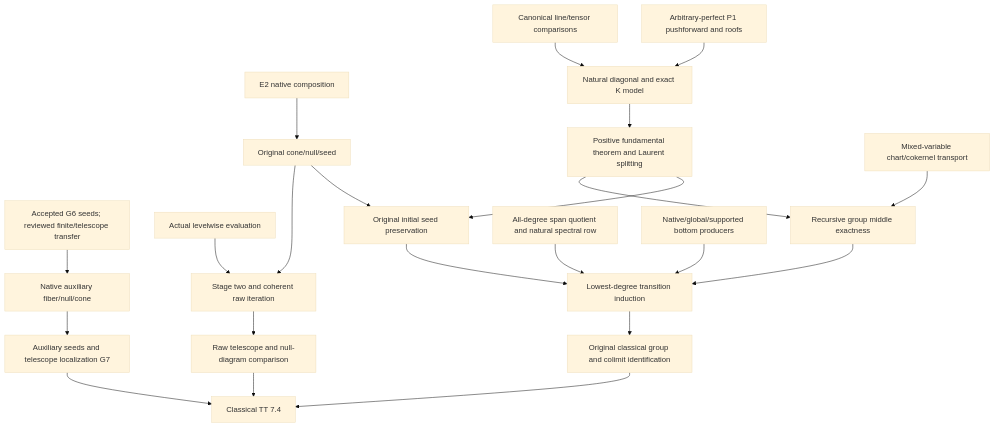
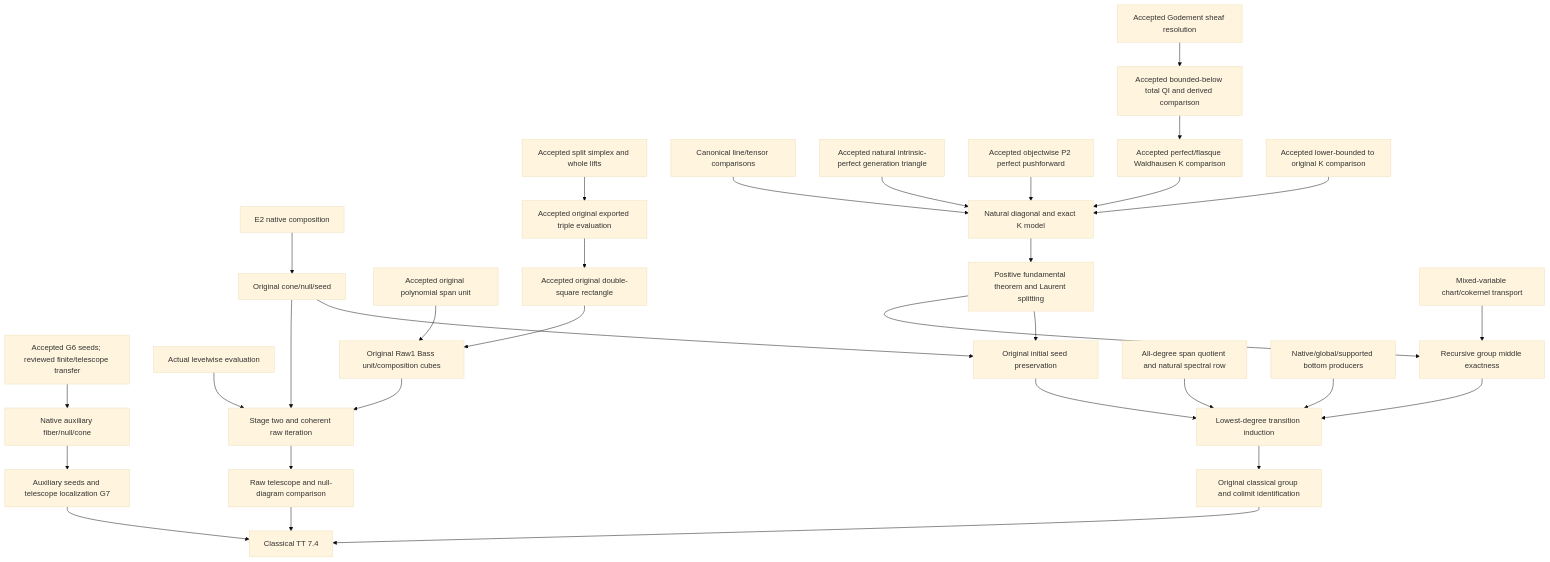
One commit to kangxyz/quillen-k-theory changed the second of 2 diagrams in docs/development/TTLocalization.md. Above: the diagram before and after it, drawn with Mermaid (base theme). The commit also changed other lines of this file and 156 other files, not shown here.

First line of the commit message:
Prove natural projective-line generation and TT comparison foundations

````diff
--- a/docs/development/TTLocalization.md
+++ b/docs/development/TTLocalization.md
@@ -483,24 +626,34 @@
 ```mermaid
 flowchart TD
   S1[Accepted G6 seeds; reviewed finite/telescope transfer] --> S2[Native auxiliary fiber/null/cone]
   S2 --> S3[Auxiliary seeds and telescope localization G7]
   EC[E2 native composition] --> ES[Original cone/null/seed]
   EW[Actual levelwise evaluation] --> EI[Stage two and coherent raw iteration]
   ES --> EI
+  RU[Accepted original polynomial span unit] --> RC[Original Raw1 Bass unit/composition cubes]
+  RS[Accepted split simplex and whole lifts] --> NC[Accepted original exported triple evaluation]
+  NC --> NR[Accepted original double-square rectangle]
+  NR --> RC
+  RC --> EI
   EI --> ET[Raw telescope and null-diagram comparison]
   PT[Canonical line/tensor comparisons] --> PD[Natural diagonal and exact K model]
-  PP[Arbitrary-perfect P1 pushforward and roofs] --> PD
+  CT[Accepted natural intrinsic-perfect generation triangle] --> PD
+  PP[Accepted objectwise P2 perfect pushforward] --> PD
+  GD[Accepted Godement sheaf resolution] --> GR[Accepted bounded-below total QI and derived comparison]
+  GR --> FM[Accepted perfect/flasque Waldhausen K comparison]
+  FM --> PD
+  MB[Accepted lower-bounded to original K comparison] --> PD
   PD --> BF[Positive fundamental theorem and Laurent splitting]
   BF --> MC[Recursive group middle exactness]
   MV[Mixed-variable chart/cokernel transport] --> MC
   BF --> IS[Original initial seed preservation]
   ES --> IS
   SES[All-degree span quotient and natural spectral row] --> RI[Lowest-degree transition induction]
   MC --> RI
   IS --> RI
   GB[Native/global/supported bottom producers] --> RI
   RI --> B2[Original classical group and colimit identification]
   S3 --> TT[Classical TT 7.4]
   ET --> TT
   B2 --> TT
 ```
````
